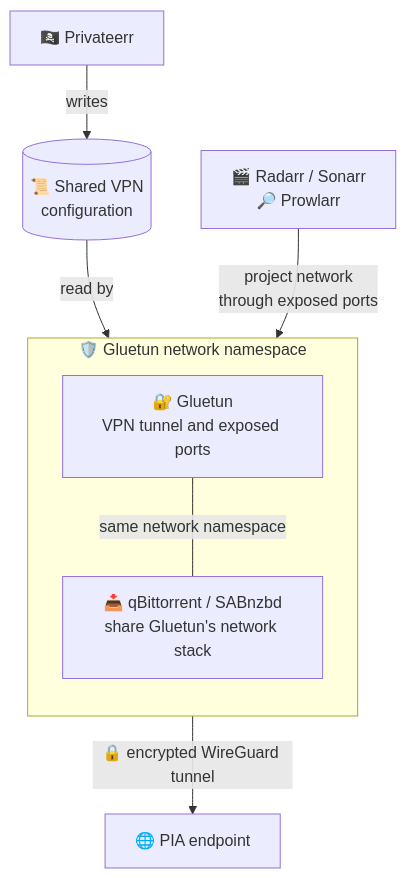
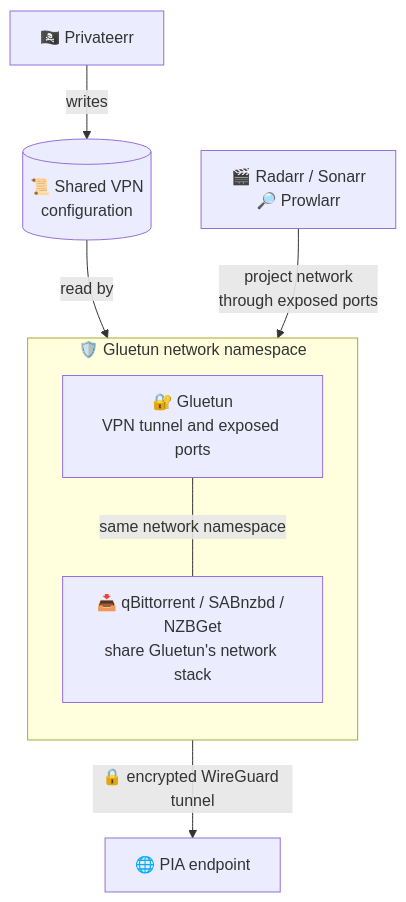
One commit to scottgigawatt/plundarrpedia changed the diagram in docs/start-here/architecture.md. Above: the diagram before and after it, drawn with Mermaid. The commit also changed other lines of this file and 7 other files, not shown here.

````diff
--- a/docs/start-here/architecture.md
+++ b/docs/start-here/architecture.md
@@ -25,23 +25,23 @@
 ```mermaid
 flowchart TB
     accTitle: VPN configuration and network path
     accDescr: Privateerr supplies Gluetun, download clients share its network, and Gluetun connects to PIA.
 
     privateerr["🏴‍☠️ Privateerr"]
     config[("📜 Shared VPN<br/>configuration")]
     managers["🎬 Radarr / Sonarr<br/>🔎 Prowlarr"]
     pia["🌐 PIA endpoint"]
 
     privateerr -->|writes| config
 
     subgraph namespace["🛡️ Gluetun network namespace"]
         direction TB
         gluetun["🔐 Gluetun<br/>VPN tunnel and exposed ports"]
-        clients["📥 qBittorrent / SABnzbd<br/>share Gluetun's network stack"]
+        clients["📥 qBittorrent / SABnzbd / NZBGet<br/>share Gluetun's network stack"]
         gluetun ---|same network namespace| clients
     end
 
     config -->|read by| gluetun
     managers -->|project network<br/>through exposed ports| gluetun
     gluetun -->|🔒 encrypted WireGuard tunnel| pia
 ```
````
